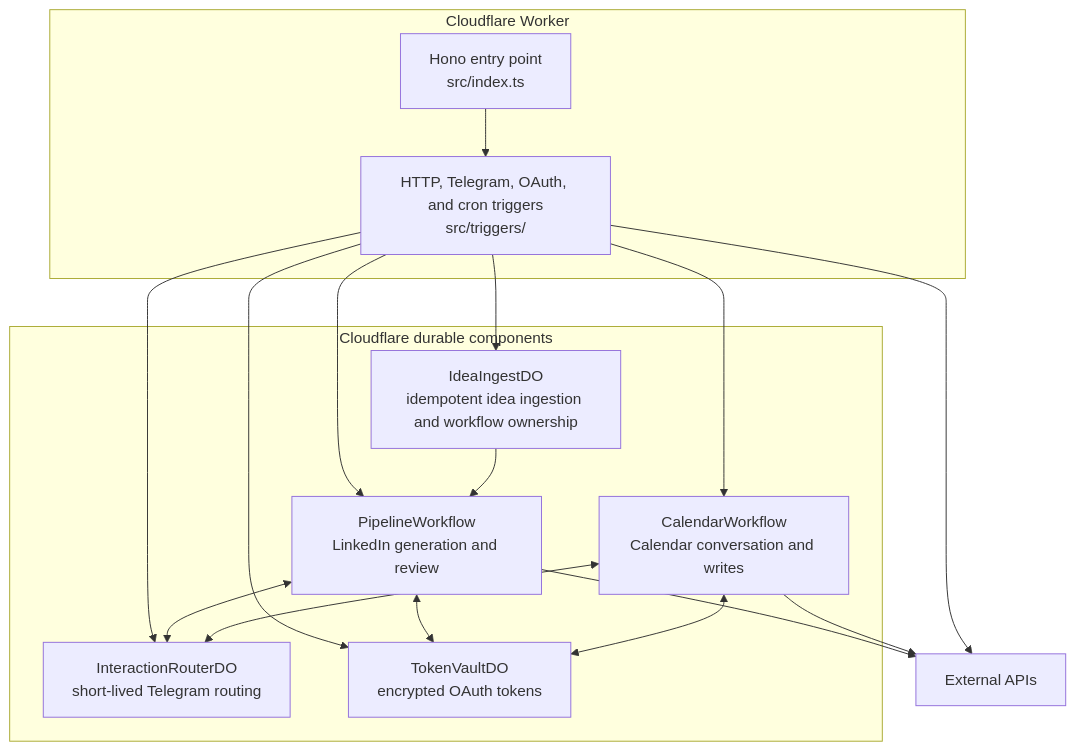
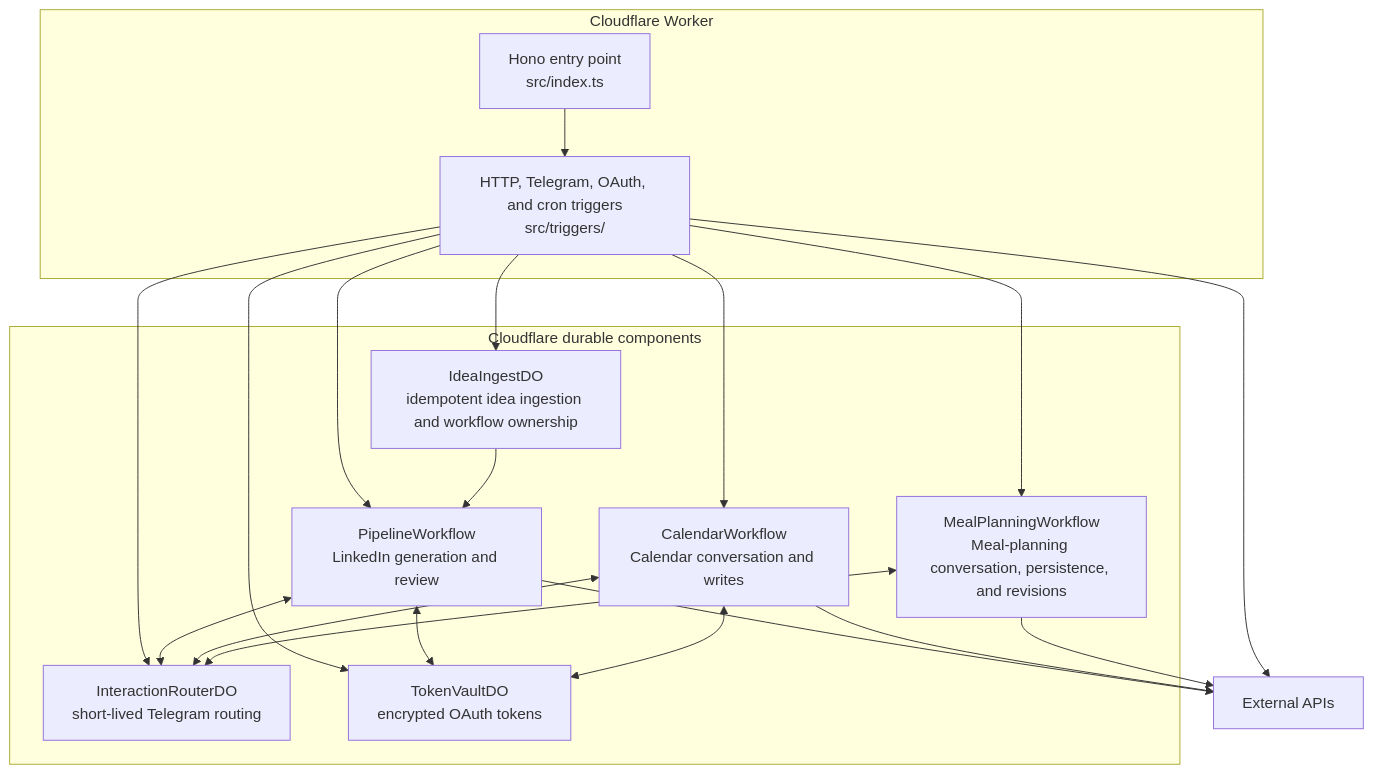
The second of 2 diagrams in docs/architecture/system.md (satwikhebbar/kipp), drawn with Mermaid before and after one commit. The commit also changed other lines of this file and 14 other files, not shown here.

Commit message:
feat(meal-planning): iteration 4 — optional recipe-video enrichment, architecture docs, and corpus-driven agent tests

````diff
--- a/docs/architecture/system.md
+++ b/docs/architecture/system.md
@@ -44,30 +52,34 @@
 ```mermaid
 flowchart TB
   subgraph edge["Cloudflare Worker"]
     entry["Hono entry point\nsrc/index.ts"]
     triggers["HTTP, Telegram, OAuth, and cron triggers\nsrc/triggers/"]
     entry --> triggers
   end
 
   subgraph durable["Cloudflare durable components"]
     linkedinFlow["PipelineWorkflow\nLinkedIn generation and review"]
     calendarFlow["CalendarWorkflow\nCalendar conversation and writes"]
+    mealFlow["MealPlanningWorkflow\nMeal-planning conversation, persistence, and revisions"]
     router["InteractionRouterDO\nshort-lived Telegram routing"]
     vault["TokenVaultDO\nencrypted OAuth tokens"]
     ingest["IdeaIngestDO\nidempotent idea ingestion and workflow ownership"]
   end
 
   triggers --> linkedinFlow
   triggers --> calendarFlow
+  triggers --> mealFlow
   triggers --> router
   triggers --> vault
   triggers --> ingest
   ingest --> linkedinFlow
   linkedinFlow <--> router
   calendarFlow <--> router
+  mealFlow <--> router
   linkedinFlow <--> vault
   calendarFlow <--> vault
   linkedinFlow --> external["External APIs"]
   calendarFlow --> external
+  mealFlow --> external
   triggers --> external
 ```
````
